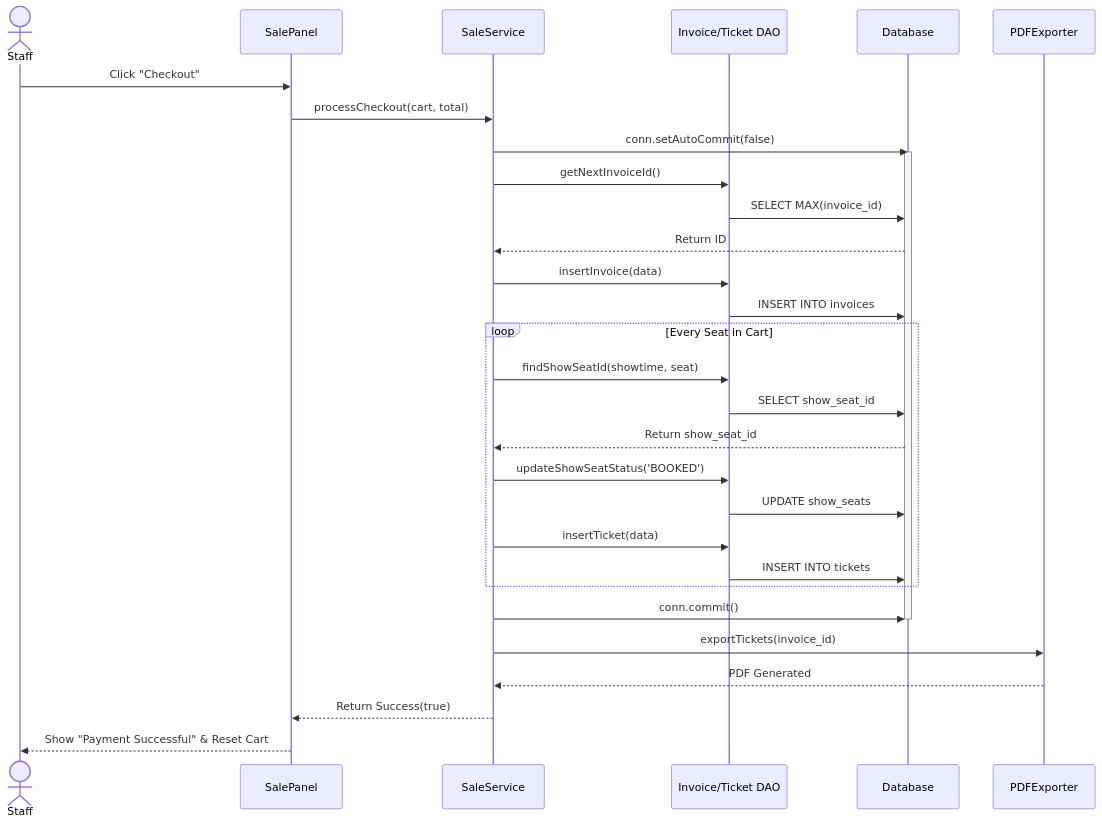
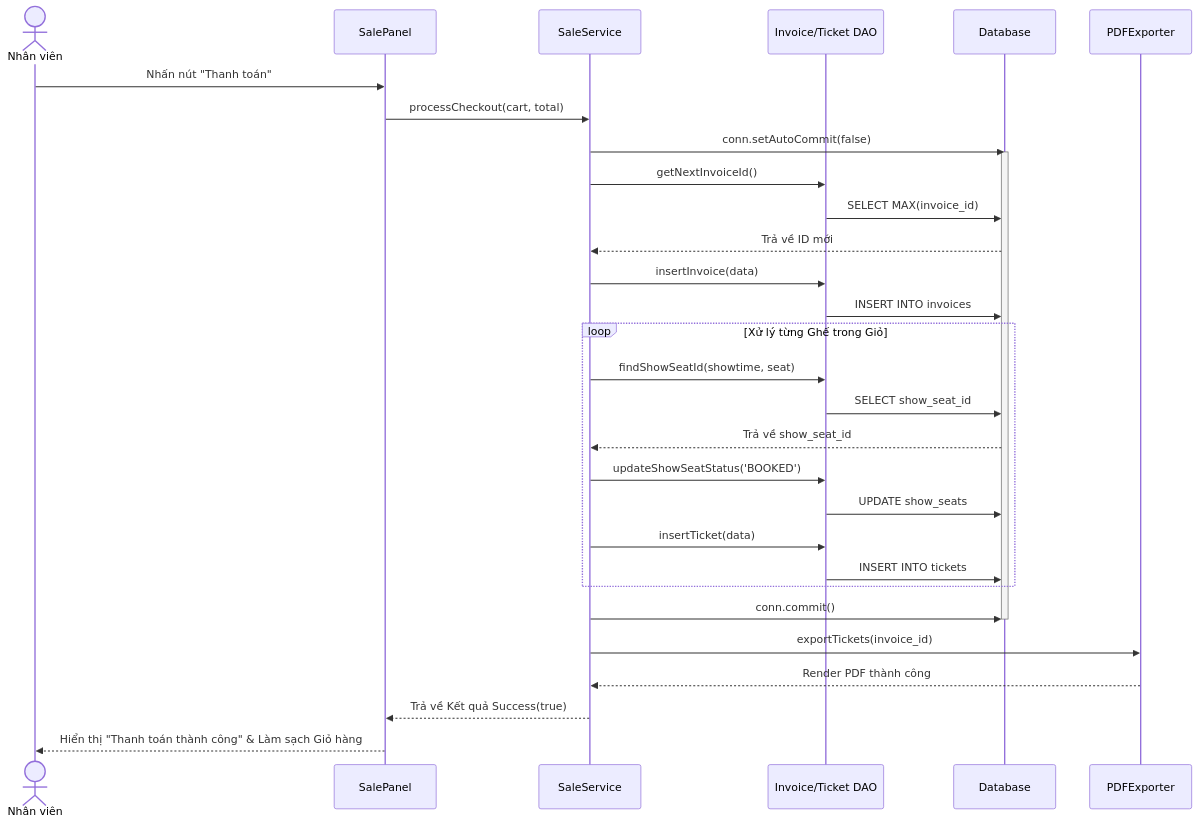
The third of 3 diagrams in non-relevant/03_UseCases_And_Workflows.md (vtgh04/RapPhim), drawn with Mermaid before and after one commit. The commit also changed other lines of this file and 3 other files, not shown here.

````diff
--- a/non-relevant/03_UseCases_And_Workflows.md
+++ b/non-relevant/03_UseCases_And_Workflows.md
@@ -105,43 +115,43 @@
 ```mermaid
 sequenceDiagram
-    actor Staff
+    actor Staff as Nhân viên
     participant UI as SalePanel
     participant Service as SaleService
     participant DAO as Invoice/Ticket DAO
     participant DB as Database
     participant PDF as PDFExporter
 
-    Staff->>UI: Click "Checkout"
+    Staff->>UI: Nhấn nút "Thanh toán"
     UI->>Service: processCheckout(cart, total)
-  
+    
     Service->>DB: conn.setAutoCommit(false)
     activate DB
-  
+    
     Service->>DAO: getNextInvoiceId()
     DAO->>DB: SELECT MAX(invoice_id)
-    DB-->>Service: Return ID
-  
+    DB-->>Service: Trả về ID mới
+    
     Service->>DAO: insertInvoice(data)
     DAO->>DB: INSERT INTO invoices
-  
-    loop Every Seat in Cart
+    
+    loop Xử lý từng Ghế trong Giỏ
         Service->>DAO: findShowSeatId(showtime, seat)
         DAO->>DB: SELECT show_seat_id
-        DB-->>Service: Return show_seat_id
-      
+        DB-->>Service: Trả về show_seat_id
+        
         Service->>DAO: updateShowSeatStatus('BOOKED')
         DAO->>DB: UPDATE show_seats
-      
+        
         Service->>DAO: insertTicket(data)
         DAO->>DB: INSERT INTO tickets
     end
-  
+    
     Service->>DB: conn.commit()
     deactivate DB
-  
+    
     Service->>PDF: exportTickets(invoice_id)
-    PDF-->>Service: PDF Generated
-  
-    Service-->>UI: Return Success(true)
-    UI-->>Staff: Show "Payment Successful" & Reset Cart
+    PDF-->>Service: Render PDF thành công
+    
+    Service-->>UI: Trả về Kết quả Success(true)
+    UI-->>Staff: Hiển thị "Thanh toán thành công" & Làm sạch Giỏ hàng
 ```
````
